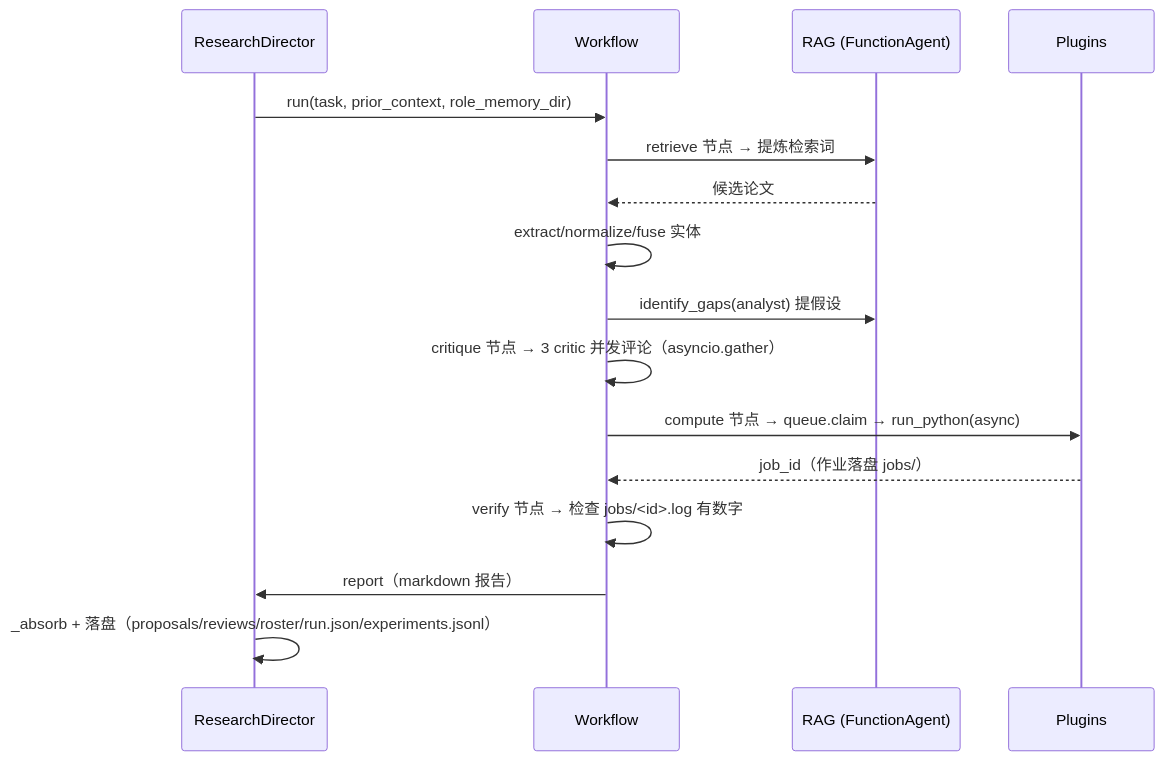
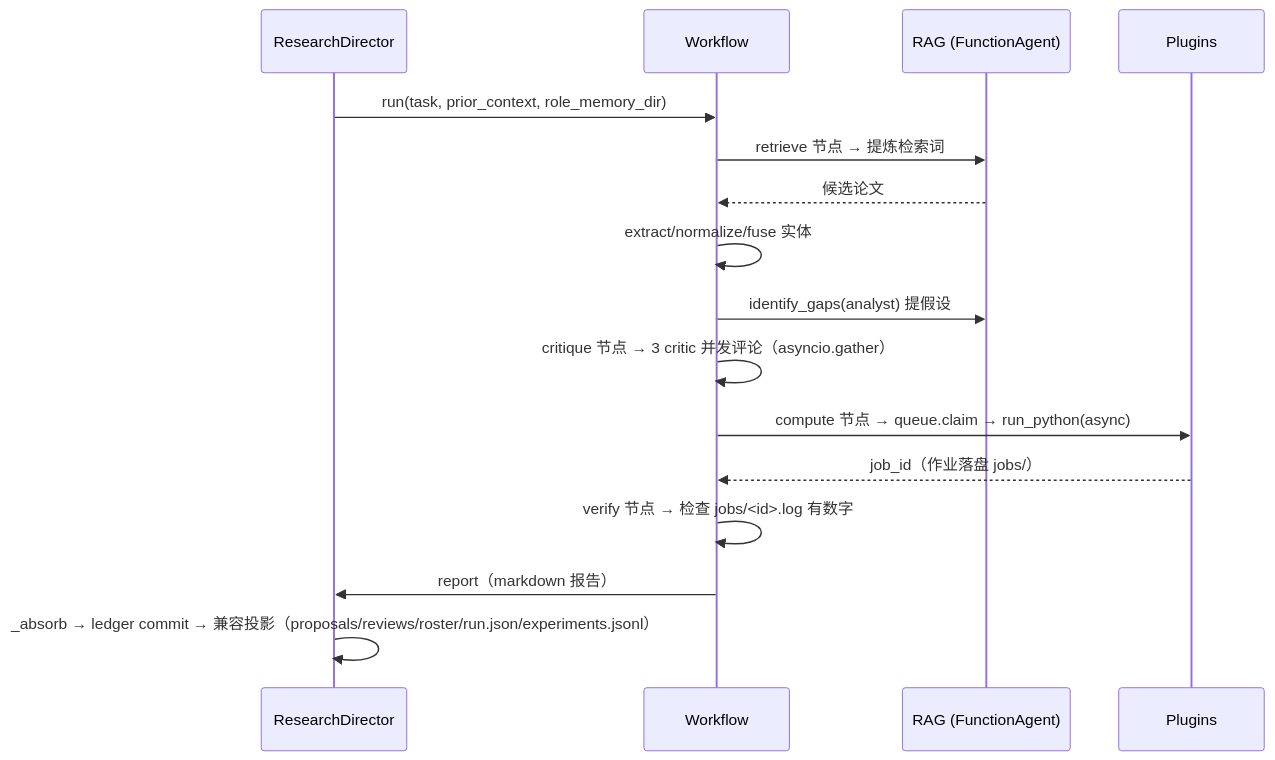
Before and after one commit to UynajGI/drbrain: the fourth of 4 diagrams in docs/drbrain-architecture.md, drawn with Mermaid. The commit also changed other lines of this file and 8 other files, not shown here.

Commit message:
feat(loop): add durable autoresearch run ledger

````diff
--- a/docs/drbrain-architecture.md
+++ b/docs/drbrain-architecture.md
@@ -308,18 +313,18 @@
 ```mermaid
 sequenceDiagram
     participant D as ResearchDirector
     participant W as Workflow
     participant R as RAG (FunctionAgent)
     participant P as Plugins
     D->>W: run(task, prior_context, role_memory_dir)
     W->>R: retrieve 节点 → 提炼检索词
     R-->>W: 候选论文
     W->>W: extract/normalize/fuse 实体
     W->>R: identify_gaps(analyst) 提假设
     W->>W: critique 节点 → 3 critic 并发评论（asyncio.gather）
     W->>P: compute 节点 → queue.claim → run_python(async)
     P-->>W: job_id（作业落盘 jobs/）
     W->>W: verify 节点 → 检查 jobs/<id>.log 有数字
     W->>D: report（markdown 报告）
-    D->>D: _absorb + 落盘（proposals/reviews/roster/run.json/experiments.jsonl）
+    D->>D: _absorb → ledger commit → 兼容投影（proposals/reviews/roster/run.json/experiments.jsonl）
 ```
````
